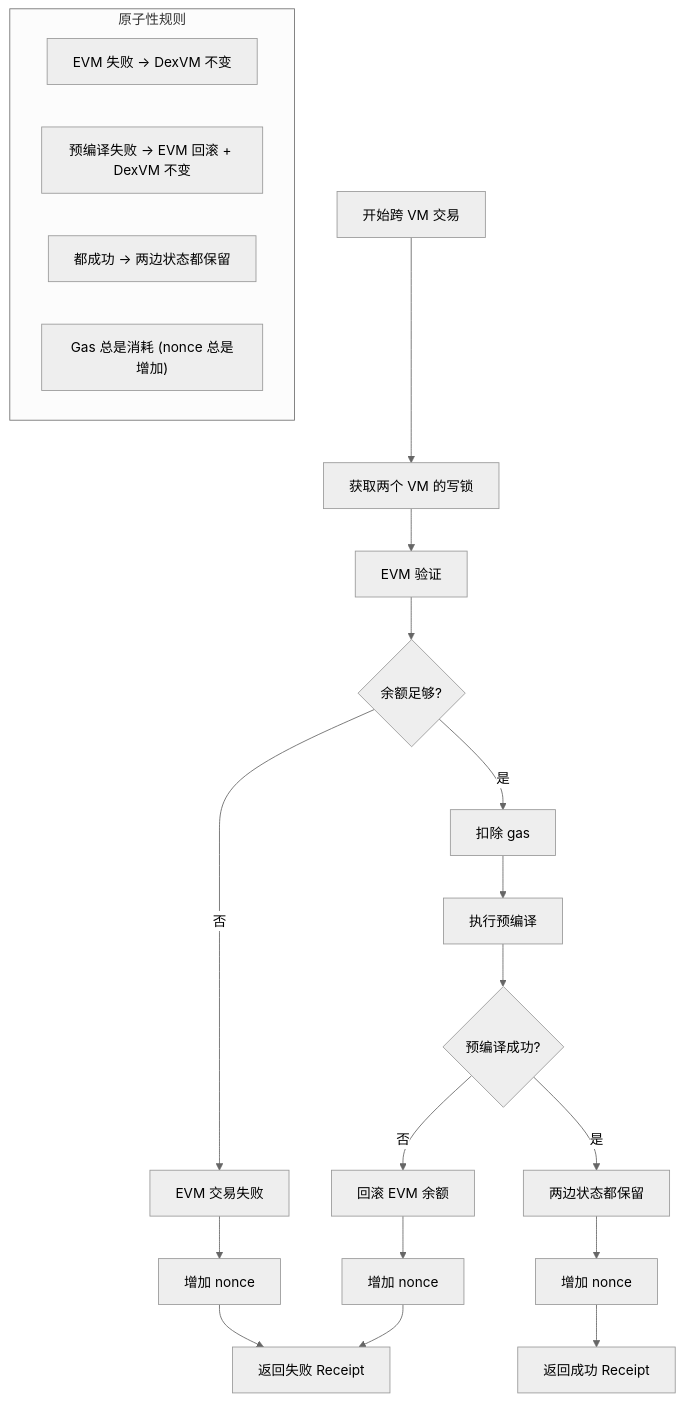
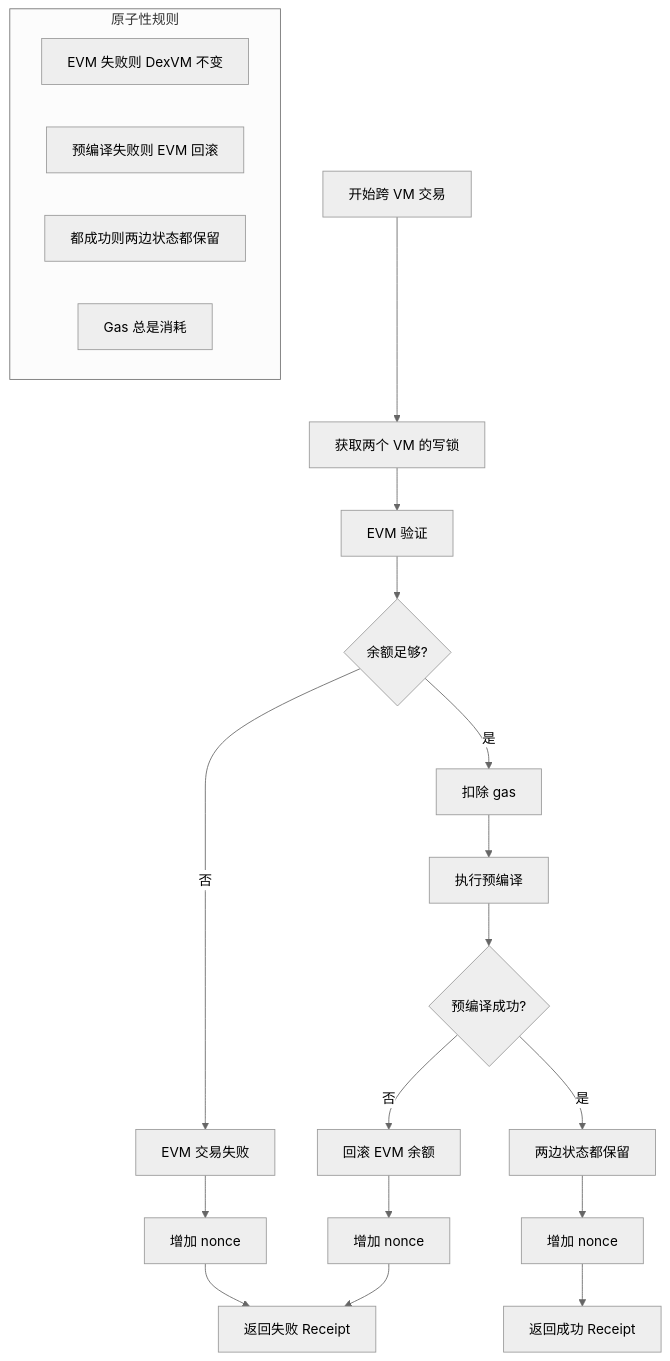
The second of 2 diagrams in notes/07-cross-vm-execution.md (J1a-wei/reth-demo), drawn with Mermaid (neutral theme) before and after one commit. The commit also changed 4 other files, not shown here.

````diff
--- a/notes/07-cross-vm-execution.md
+++ b/notes/07-cross-vm-execution.md
@@ -205,31 +205,31 @@
 ```mermaid
 flowchart TD
     START[开始跨 VM 交易] --> LOCK_BOTH[获取两个 VM 的写锁]
 
     LOCK_BOTH --> EVM_CHECK[EVM 验证]
     EVM_CHECK --> BALANCE_OK{余额足够?}
 
     BALANCE_OK -->|否| EVM_FAIL[EVM 交易失败]
     BALANCE_OK -->|是| DEDUCT[扣除 gas]
 
     DEDUCT --> EXEC_PRECOMPILE[执行预编译]
     EXEC_PRECOMPILE --> PRECOMPILE_OK{预编译成功?}
 
     PRECOMPILE_OK -->|否| ROLLBACK[回滚 EVM 余额]
     PRECOMPILE_OK -->|是| COMMIT_BOTH[两边状态都保留]
 
     EVM_FAIL --> INC_NONCE1[增加 nonce]
     ROLLBACK --> INC_NONCE2[增加 nonce]
     COMMIT_BOTH --> INC_NONCE3[增加 nonce]
 
     INC_NONCE1 --> RETURN_FAIL[返回失败 Receipt]
     INC_NONCE2 --> RETURN_FAIL
     INC_NONCE3 --> RETURN_SUCCESS[返回成功 Receipt]
 
-    subgraph "原子性规则"
-        RULE1["EVM 失败 → DexVM 不变"]
-        RULE2["预编译失败 → EVM 回滚 + DexVM 不变"]
-        RULE3["都成功 → 两边状态都保留"]
-        RULE4["Gas 总是消耗 (nonce 总是增加)"]
+    subgraph 原子性规则
+        RULE1["EVM 失败则 DexVM 不变"]
+        RULE2["预编译失败则 EVM 回滚"]
+        RULE3["都成功则两边状态都保留"]
+        RULE4["Gas 总是消耗"]
     end
 ```
````
